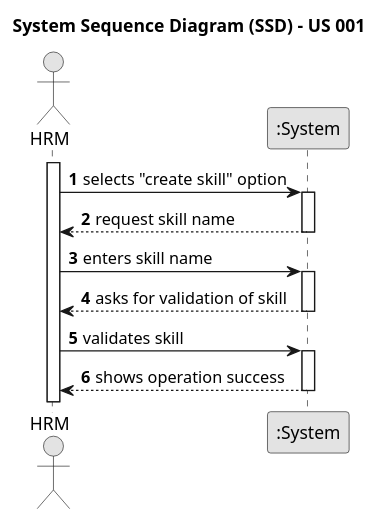
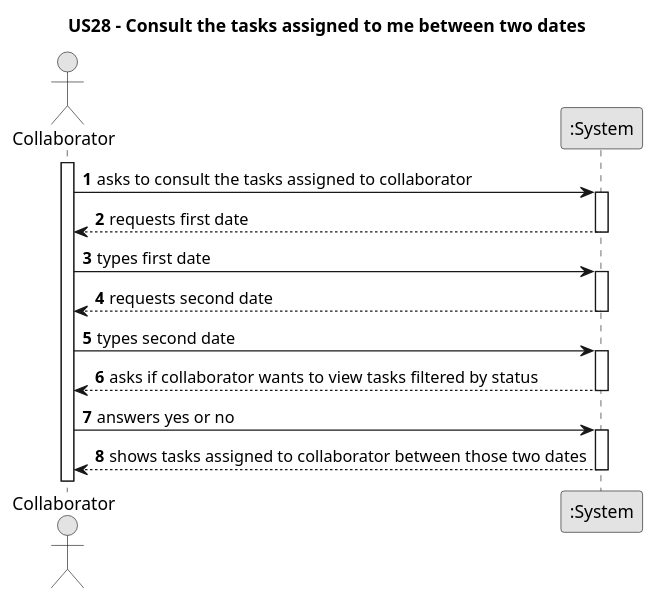
The diagram in docs/sprintC/us028/01.requirements-engineering/puml/us028-system-sequence-diagram.puml (Departamento-de-Engenharia-Informatica/lei-24-s2-1dm-g132), drawn with PlantUML before and after one commit. The commit also changed 2 other files, not shown here.

Commit message:
US28 requirements engineering update: readme and ssd

```diff
--- a/docs/sprintC/us028/01.requirements-engineering/puml/us028-system-sequence-diagram.puml
+++ b/docs/sprintC/us028/01.requirements-engineering/puml/us028-system-sequence-diagram.puml
@@ -1,28 +1,39 @@
 @startuml
 skinparam monochrome true
 skinparam packageStyle rectangle
 skinparam shadowing false
 
-title System Sequence Diagram (SSD) - US 001
+title US28 - Consult the tasks assigned to me between two dates
 
 autonumber
 
-actor "HRM" as HRM
+actor "Collaborator" as Employee
 participant ":System" as System
 
-activate HRM
+activate Employee
 
-    HRM -> System: selects "create skill" option
+    Employee -> System : asks to consult the tasks assigned to collaborator
     activate System
 
-         System --> HRM: request skill name
-            deactivate System
-                HRM -> System: enters skill name
-                    activate System
-                       System --> HRM: asks for validation of skill
-                                deactivate System
-                                                HRM -> System: validates skill
-                                                    activate System
-                                                                           System --> HRM: shows operation success
-                                                                                    deactivate System
+    System --> Employee : requests first date
+    deactivate System
+
+    Employee -> System : types first date
+    activate System
+
+    System --> Employee : requests second date
+    deactivate System
+
+    Employee -> System : types second date
+    activate System
+
+    System --> Employee : asks if collaborator wants to view tasks filtered by status
+    deactivate System
+
+    Employee -> System : answers yes or no
+    activate System
+
+    System --> Employee : shows tasks assigned to collaborator between those two dates
+    deactivate System
+
 @enduml
```
